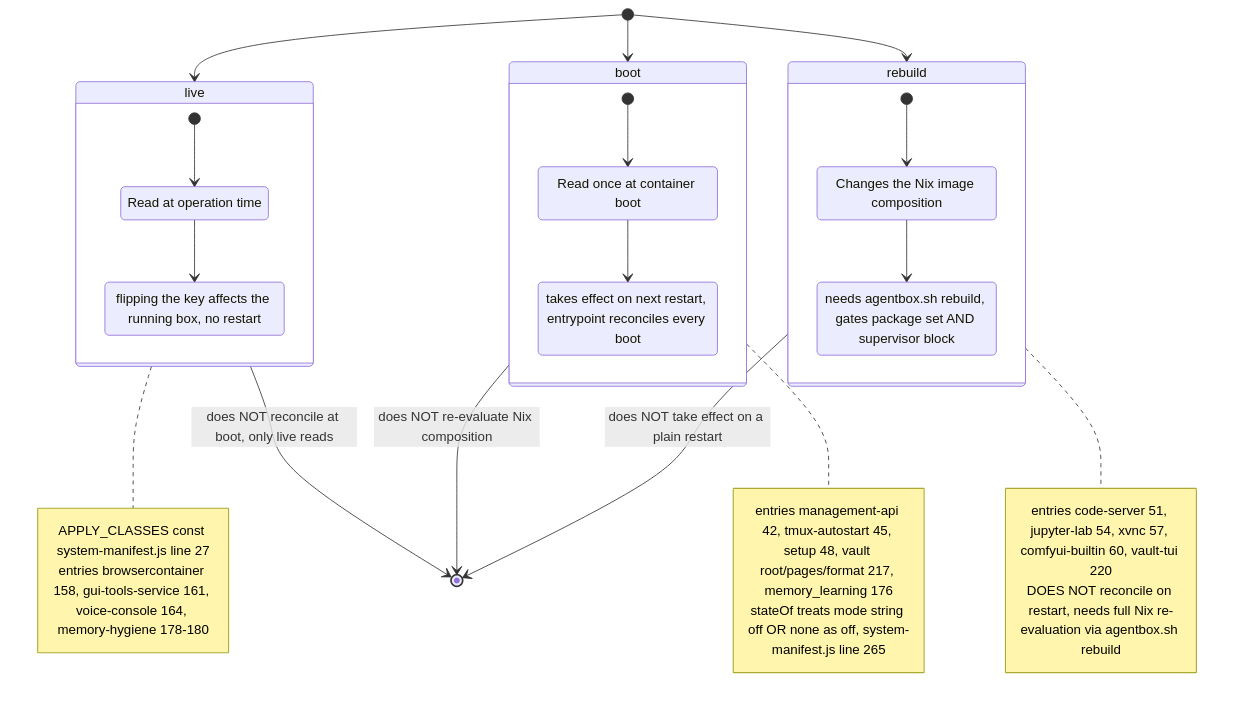
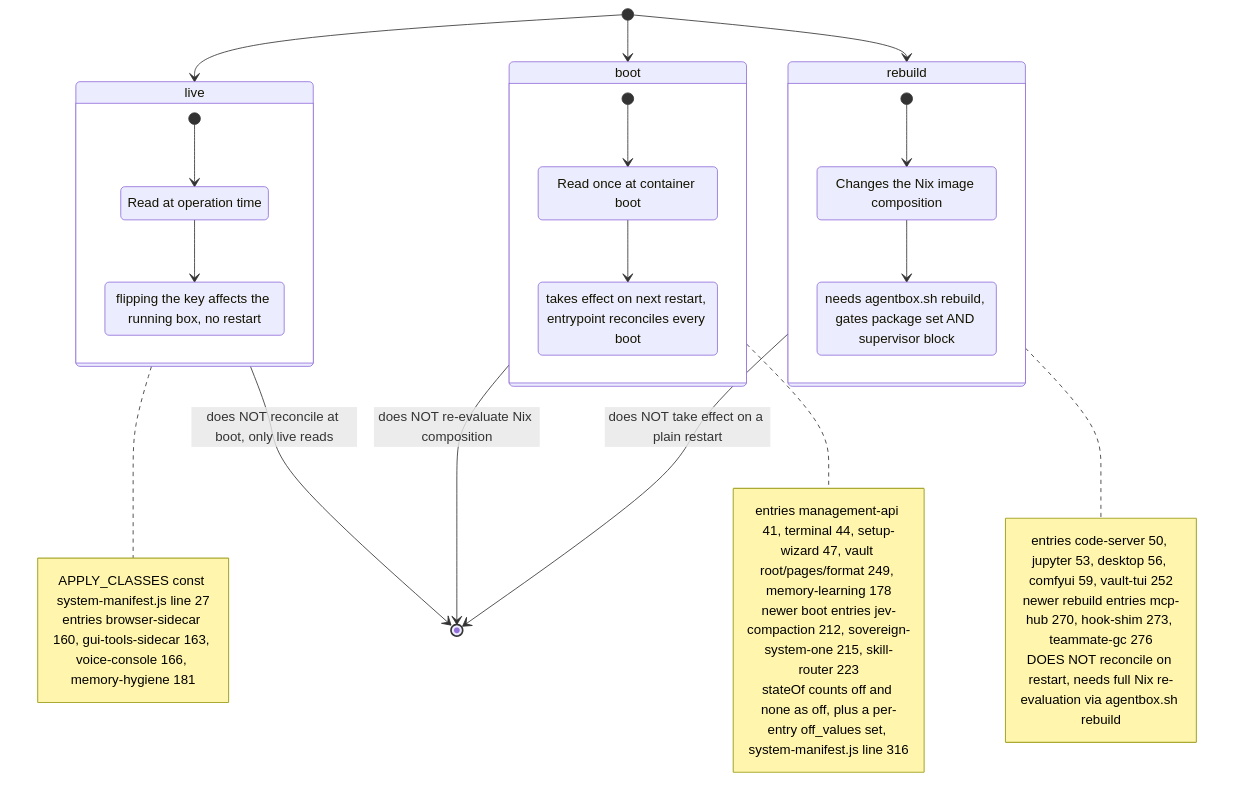
One commit to DreamLab-AI/VisionFlow changed the second of 11 diagrams in docs/diagrams/agentbox/01-nix-flake-composition.md. Above: the diagram before and after it, drawn with Mermaid. The commit also changed other lines of this file and 28 other files, not shown here.

````diff
--- a/docs/diagrams/agentbox/01-nix-flake-composition.md
+++ b/docs/diagrams/agentbox/01-nix-flake-composition.md
@@ -63,42 +63,44 @@
 ```mermaid
 stateDiagram-v2
     [*] --> live
     [*] --> boot
     [*] --> rebuild
 
     state live {
         [*] --> LiveRead
         LiveRead: Read at operation time
         LiveRead --> LiveEffect
         LiveEffect: flipping the key affects the running box, no restart
     }
     state boot {
         [*] --> BootRead
         BootRead: Read once at container boot
         BootRead --> BootEffect
         BootEffect: takes effect on next restart, entrypoint reconciles every boot
     }
     state rebuild {
         [*] --> RebuildRead
         RebuildRead: Changes the Nix image composition
         RebuildRead --> RebuildEffect
         RebuildEffect: needs agentbox.sh rebuild, gates package set AND supervisor block
     }
 
     note right of live
         APPLY_CLASSES const system-manifest.js line 27
-        entries browsercontainer 158, gui-tools-service 161, voice-console 164, memory-hygiene 178-180
+        entries browser-sidecar 160, gui-tools-sidecar 163, voice-console 166, memory-hygiene 181
     end note
     note right of boot
-        entries management-api 42, tmux-autostart 45, setup 48, vault root/pages/format 217, memory_learning 176
-        stateOf treats mode string off OR none as off, system-manifest.js line 265
+        entries management-api 41, terminal 44, setup-wizard 47, vault root/pages/format 249, memory-learning 178
+        newer boot entries jev-compaction 212, sovereign-system-one 215, skill-router 223
+        stateOf counts off and none as off, plus a per-entry off_values set, system-manifest.js line 316
     end note
     note right of rebuild
-        entries code-server 51, jupyter-lab 54, xvnc 57, comfyui-builtin 60, vault-tui 220
+        entries code-server 50, jupyter 53, desktop 56, comfyui 59, vault-tui 252
+        newer rebuild entries mcp-hub 270, hook-shim 273, teammate-gc 276
         DOES NOT reconcile on restart, needs full Nix re-evaluation via agentbox.sh rebuild
     end note
 
     live --> [*]: does NOT reconcile at boot, only live reads
     boot --> [*]: does NOT re-evaluate Nix composition
     rebuild --> [*]: does NOT take effect on a plain restart
 ```
````
